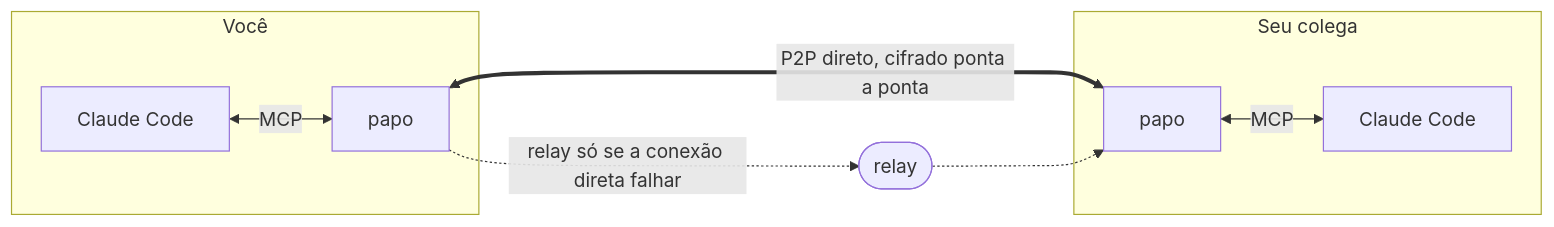
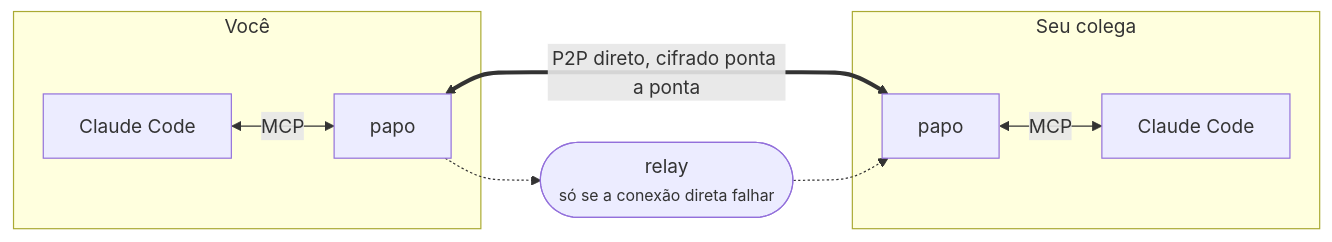
The first of 2 diagrams in README.md (Kelvin-Jesus/papo), drawn with Mermaid before and after one commit. The commit also changed other lines of this file and 20 other files, not shown here.

````diff
--- a/README.md
+++ b/README.md
@@ -36,12 +43,12 @@
 ```mermaid
 flowchart LR
   subgraph voce["Você"]
     CA["Claude Code"] <-->|MCP| PA["papo"]
   end
   subgraph colega["Seu colega"]
     PB["papo"] <-->|MCP| CB["Claude Code"]
   end
   PA <==>|"P2P direto, cifrado ponta a ponta"| PB
-  PA -.->|"relay só se a conexão direta falhar"| R(["relay"])
+  PA -.-> R(["relay<br/><small>só se a conexão direta falhar</small>"])
   R -.-> PB
 ```
````
